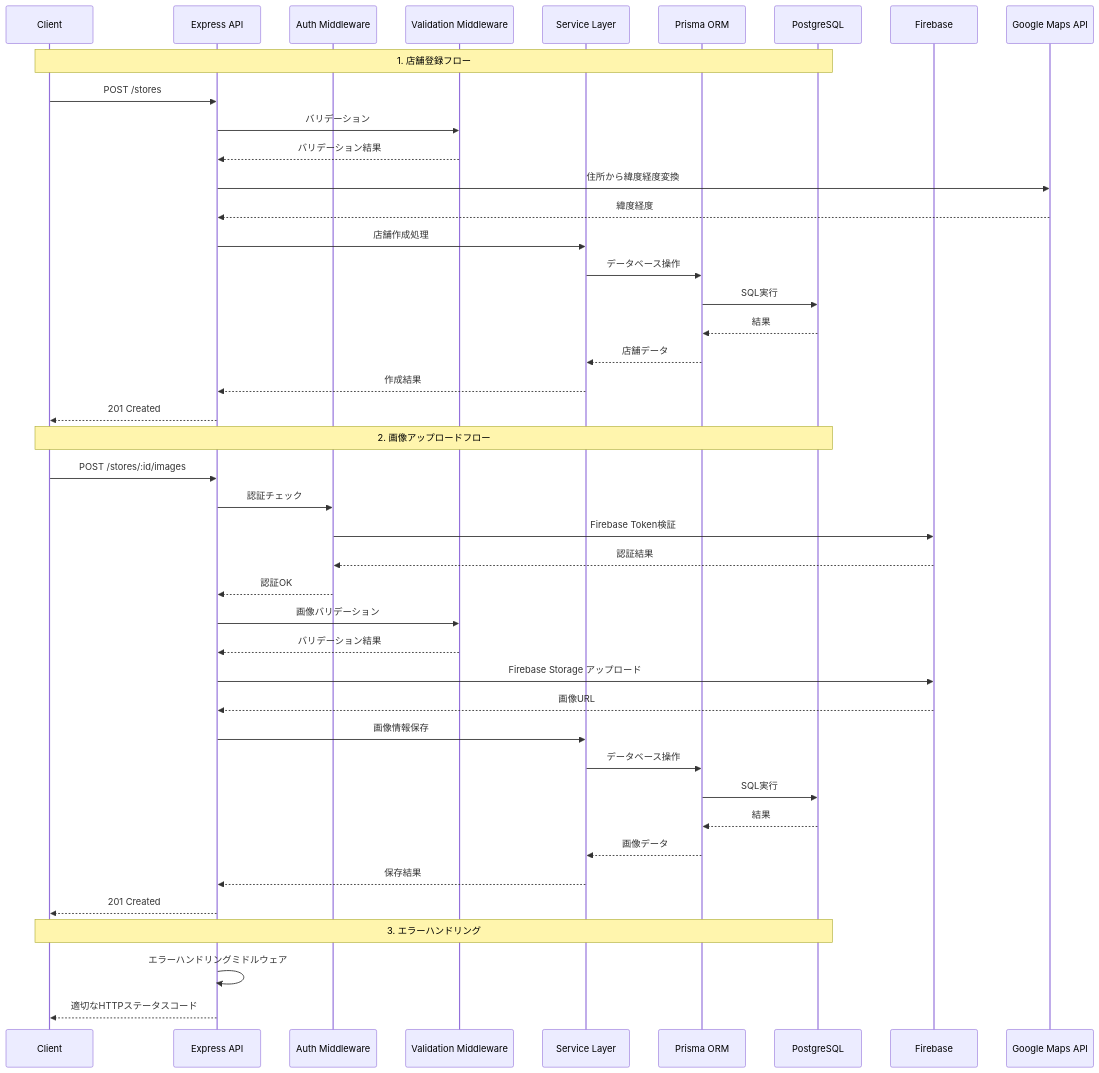
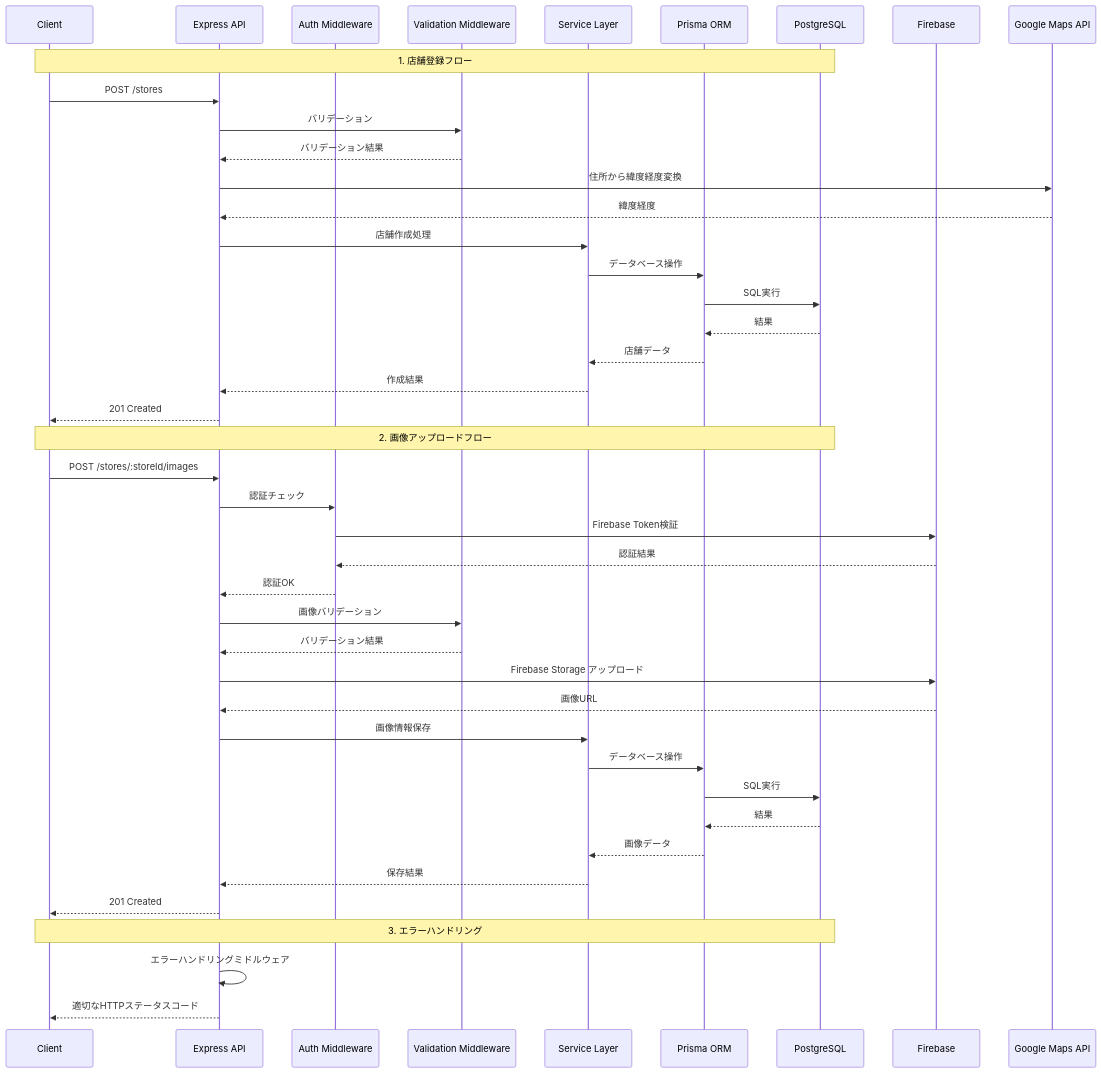
One commit to hideaki1979/nodejsdeploytest changed the first of 2 diagrams in README.md. Above: the diagram before and after it, drawn with Mermaid. The commit also changed other lines of this file and 4 other files, not shown here.

````diff
--- a/README.md
+++ b/README.md
@@ -115,48 +115,48 @@
 ```mermaid
 sequenceDiagram
     participant C as Client
     participant API as Express API
     participant A as Auth Middleware
     participant V as Validation Middleware
     participant S as Service Layer
     participant P as Prisma ORM
     participant DB as PostgreSQL
     participant F as Firebase
     participant G as Google Maps API
 
     Note over C,DB: 1. 店舗登録フロー
     C->>API: POST /stores
     API->>V: バリデーション
     V-->>API: バリデーション結果
     API->>G: 住所から緯度経度変換
     G-->>API: 緯度経度
     API->>S: 店舗作成処理
     S->>P: データベース操作
     P->>DB: SQL実行
     DB-->>P: 結果
     P-->>S: 店舗データ
     S-->>API: 作成結果
     API-->>C: 201 Created
 
     Note over C,DB: 2. 画像アップロードフロー
-    C->>API: POST /stores/:id/images
+    C->>API: POST /stores/:storeId/images
     API->>A: 認証チェック
     A->>F: Firebase Token検証
     F-->>A: 認証結果
     A-->>API: 認証OK
     API->>V: 画像バリデーション
     V-->>API: バリデーション結果
     API->>F: Firebase Storage アップロード
     F-->>API: 画像URL
     API->>S: 画像情報保存
     S->>P: データベース操作
     P->>DB: SQL実行
     DB-->>P: 結果
     P-->>S: 画像データ
     S-->>API: 保存結果
     API-->>C: 201 Created
 
     Note over C,DB: 3. エラーハンドリング
     API->>API: エラーハンドリングミドルウェア
     API-->>C: 適切なHTTPステータスコード
 ```
````
